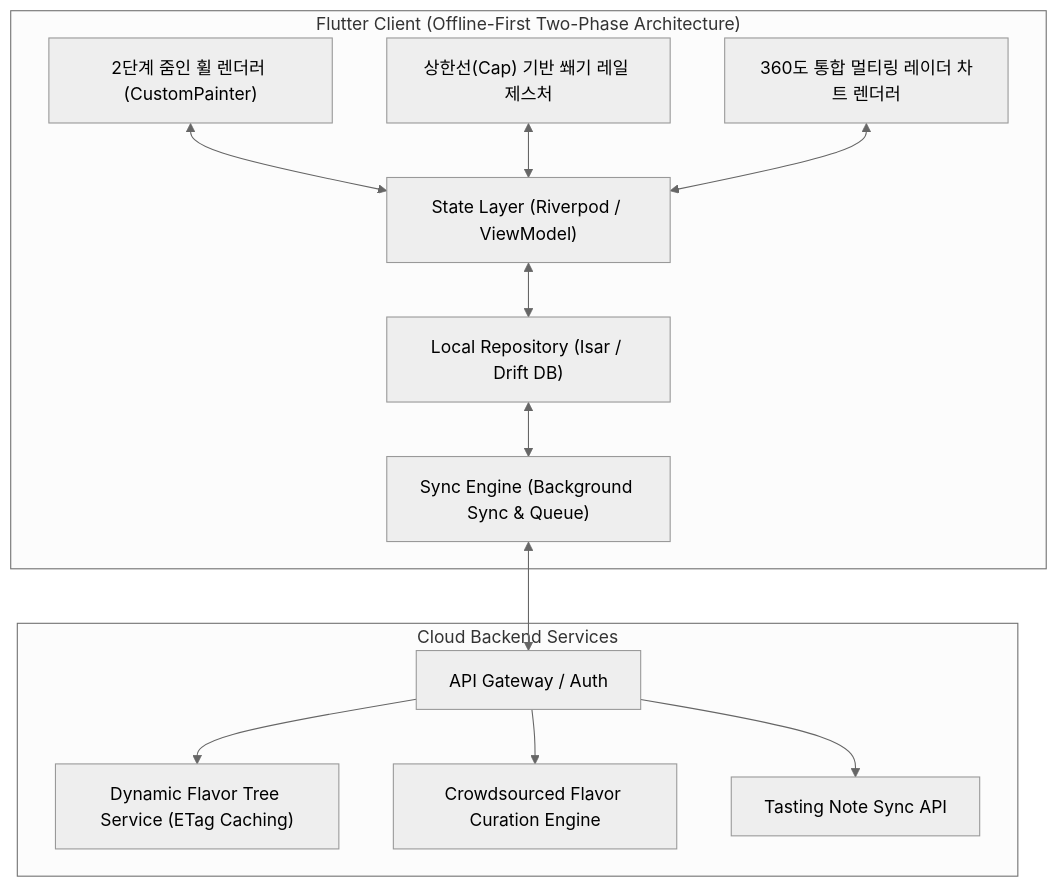
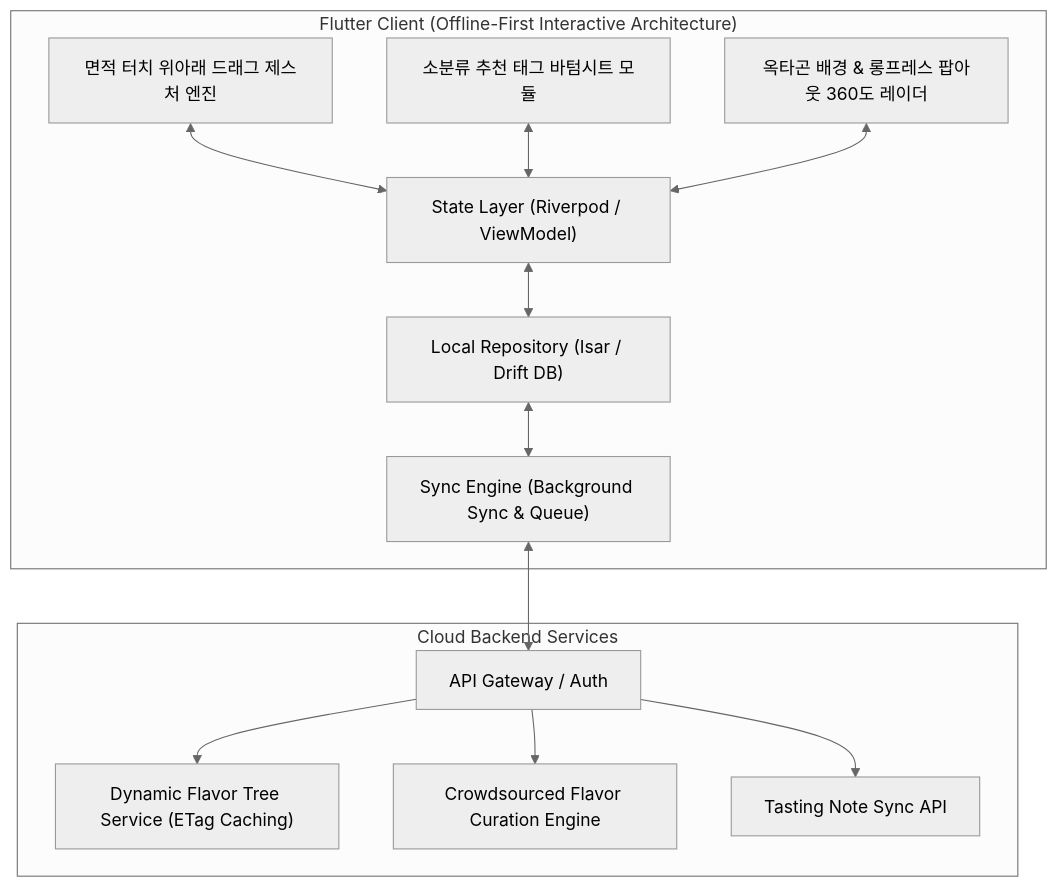
Before and after one commit to chanhooop/FlavorWheel: the diagram in README.md, drawn with Mermaid (neutral theme). The commit also changed other lines of this file and 1 other file, not shown here.

Commit message:
feat: 면적 터치 위아래 드래그 조작, 추천 태그 바텀시트, 옥타곤 배경 및 소분류 롱프레스 팝아웃 확대 차트 구현

````diff
--- a/README.md
+++ b/README.md
@@ -106,30 +79,30 @@
 ```mermaid
 graph TB
-    subgraph Client ["Flutter Client (Offline-First Two-Phase Architecture)"]
-        ZoomEngine["2단계 줌인 휠 렌더러 (CustomPainter)"]
-        WedgeEngine["상한선(Cap) 기반 쐐기 레일 제스처"]
-        FullRadarEngine["360도 통합 멀티링 레이더 차트 렌더러"]
+    subgraph Client ["Flutter Client (Offline-First Interactive Architecture)"]
+        AreaDragEngine["면적 터치 위아래 드래그 제스처 엔진"]
+        TagSheetEngine["소분류 추천 태그 바텀시트 모듈"]
+        OctagonRadarEngine["옥타곤 배경 & 롱프레스 팝아웃 360도 레이더"]
 
         State["State Layer (Riverpod / ViewModel)"]
         SyncEngine["Sync Engine (Background Sync & Queue)"]
         LocalRepository["Local Repository (Isar / Drift DB)"]
 
-        ZoomEngine <--> State
-        WedgeEngine <--> State
-        FullRadarEngine <--> State
+        AreaDragEngine <--> State
+        TagSheetEngine <--> State
+        OctagonRadarEngine <--> State
         State <--> LocalRepository
         LocalRepository <--> SyncEngine
     end
 
     subgraph RemoteBackend ["Cloud Backend Services"]
         Gateway["API Gateway / Auth"]
         TreeService["Dynamic Flavor Tree Service (ETag Caching)"]
         CurationService["Crowdsourced Flavor Curation Engine"]
         NoteService["Tasting Note Sync API"]
     end
 
     SyncEngine <--> Gateway
     Gateway --> TreeService
     Gateway --> CurationService
     Gateway --> NoteService
 ```
````
